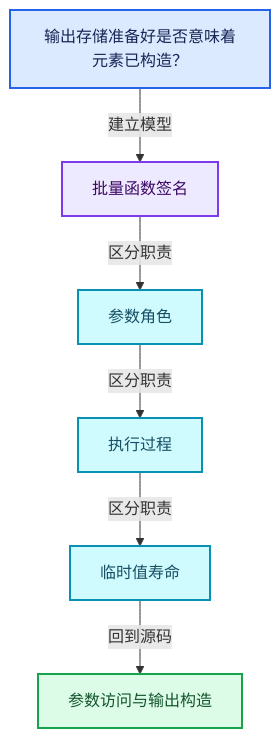
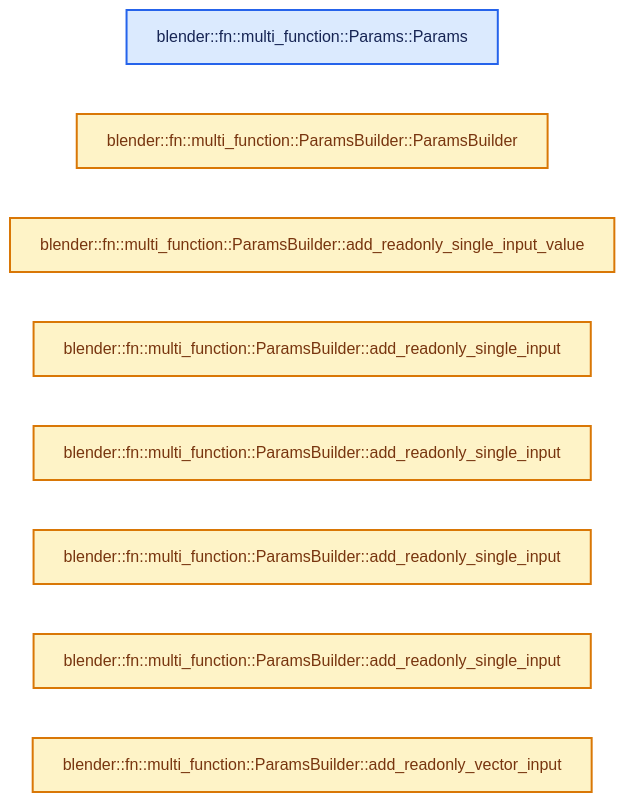
The second of 4 diagrams in 杂/markdown/全面学习-codex/07-MultiFunction与批量执行/04-参数访问与输出构造.md (yunkezengren/blender-.vscode), drawn with Mermaid before and after one commit. The commit also changed other lines of this file and 1930 other files, not shown here.

````diff
--- a/杂/markdown/全面学习-codex/07-MultiFunction与批量执行/04-参数访问与输出构造.md
+++ b/杂/markdown/全面学习-codex/07-MultiFunction与批量执行/04-参数访问与输出构造.md
@@ -61,20 +46,17 @@
 ```mermaid
-flowchart TB
-  Q["输出存储准备好是否意味着元素已构造？"]:::input
-  C0["批量函数签名"]:::abstraction
-  C1["参数角色"]:::data
-  C2["执行过程"]:::data
-  C3["临时值寿命"]:::data
-  R["参数访问与输出构造"]:::result
-  Q -->|"建立模型"| C0
-  C0 -->|"区分职责"| C1
-  C1 -->|"区分职责"| C2
-  C2 -->|"区分职责"| C3
-  C3 -->|"回到源码"| R
+flowchart LR
+  F0["blender::fn::multi_function::Params::Params"]:::input
+  F1["blender::fn::multi_function::ParamsBuilder::ParamsBuilder"]:::compute
+  F2["blender::fn::multi_function::ParamsBuilder::add_readonly_single_input_value"]:::compute
+  F3["blender::fn::multi_function::ParamsBuilder::add_readonly_single_input"]:::compute
+  F4["blender::fn::multi_function::ParamsBuilder::add_readonly_single_input"]:::compute
+  F5["blender::fn::multi_function::ParamsBuilder::add_readonly_single_input"]:::compute
+  F6["blender::fn::multi_function::ParamsBuilder::add_readonly_single_input"]:::compute
+  F7["blender::fn::multi_function::ParamsBuilder::add_readonly_vector_input"]:::compute
   classDef input fill:#DBEAFE,stroke:#2563EB,color:#172554,stroke-width:2px;
   classDef data fill:#CFFAFE,stroke:#0891B2,color:#164E63,stroke-width:2px;
   classDef abstraction fill:#EDE9FE,stroke:#7C3AED,color:#3B0764,stroke-width:2px;
   classDef compute fill:#FEF3C7,stroke:#D97706,color:#78350F,stroke-width:2px;
   classDef result fill:#DCFCE7,stroke:#16A34A,color:#14532D,stroke-width:2px;
   classDef error fill:#FEE2E2,stroke:#DC2626,color:#7F1D1D,stroke-width:2px;
 ```
````
